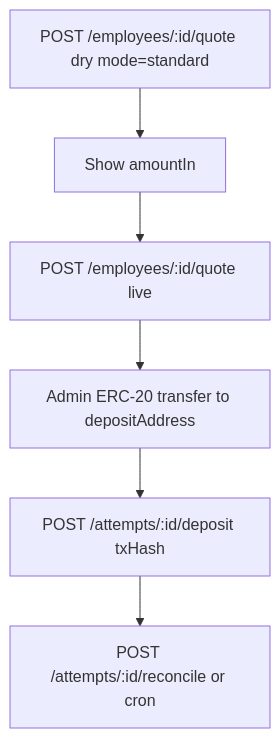
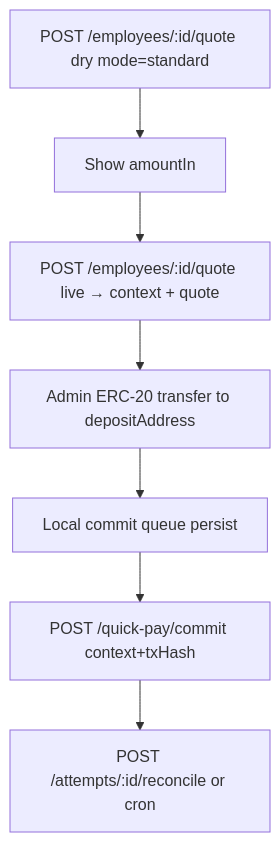
Before and after one commit to aidai524/SalaryFlow: the third of 4 diagrams in docs/api.md, drawn with Mermaid. The commit also changed other lines of this file and 10 other files, not shown here.

First line of the commit message:
Add Quick Pay context and commit queue functionality

````diff
--- a/docs/api.md
+++ b/docs/api.md
@@ -120,8 +120,9 @@
 ```mermaid
 flowchart TD
   dryStd["POST /employees/:id/quote dry mode=standard"] --> previewStd[Show amountIn]
-  previewStd --> liveStd["POST /employees/:id/quote live"]
+  previewStd --> liveStd["POST /employees/:id/quote live → context + quote"]
   liveStd --> transferStd[Admin ERC-20 transfer to depositAddress]
-  transferStd --> depositStd["POST /attempts/:id/deposit txHash"]
-  depositStd --> reconcileStd["POST /attempts/:id/reconcile or cron"]
+  transferStd --> enqueueStd[Local commit queue persist]
+  enqueueStd --> commitStd["POST /quick-pay/commit context+txHash"]
+  commitStd --> reconcileStd["POST /attempts/:id/reconcile or cron"]
 ```
````
